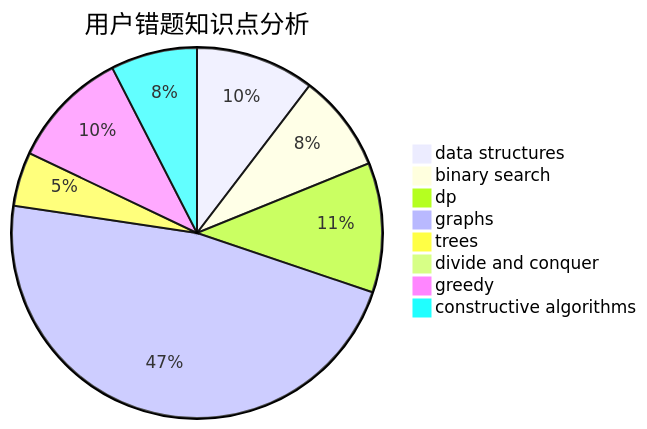
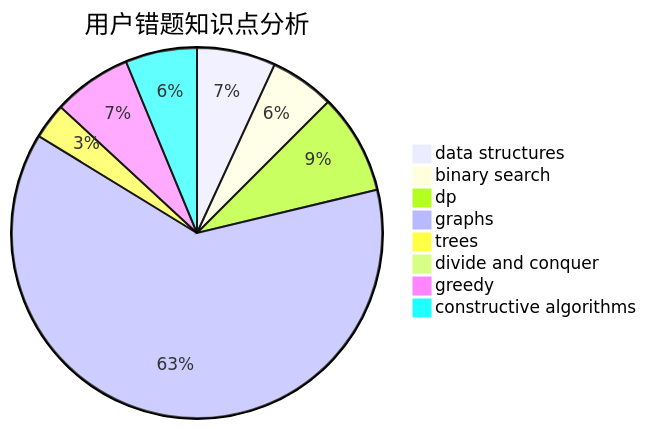
Before and after one commit to sherpahu/cfrs.github.io: the third of 3 diagrams in docs/user/u381.md, drawn with Mermaid. The commit also changed other lines of this file and 2770 other files, not shown here.

````diff
--- a/docs/user/u381.md
+++ b/docs/user/u381.md
@@ -36,11 +36,11 @@
 ```mermaid
 pie title 用户错题知识点分析
     "data structures" :  11
     "binary search" :  9
-    "dp" :  12
-    "graphs" :  50
+    "dp" :  14
+    "graphs" :  100
     "trees" :  5
     "divide and conquer" :  0
     "greedy" :  11
-    "constructive algorithms" :  8
+    "constructive algorithms" :  10
 ```
````
